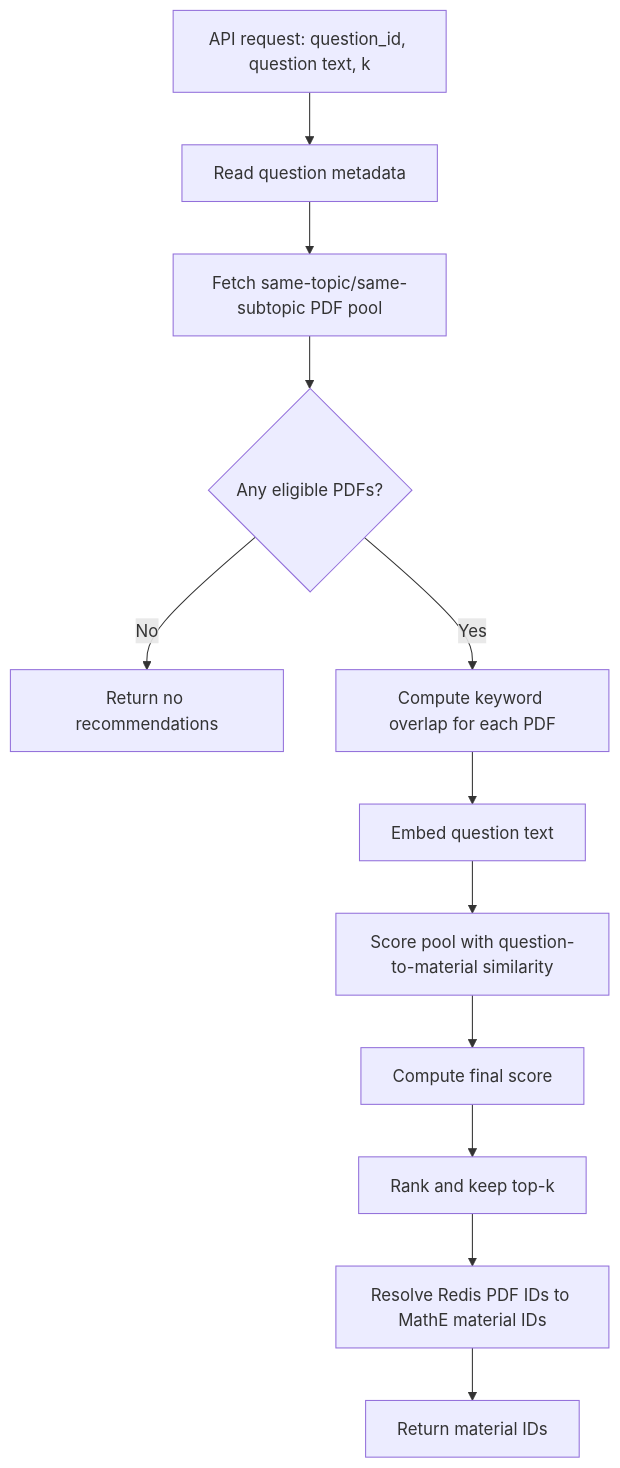
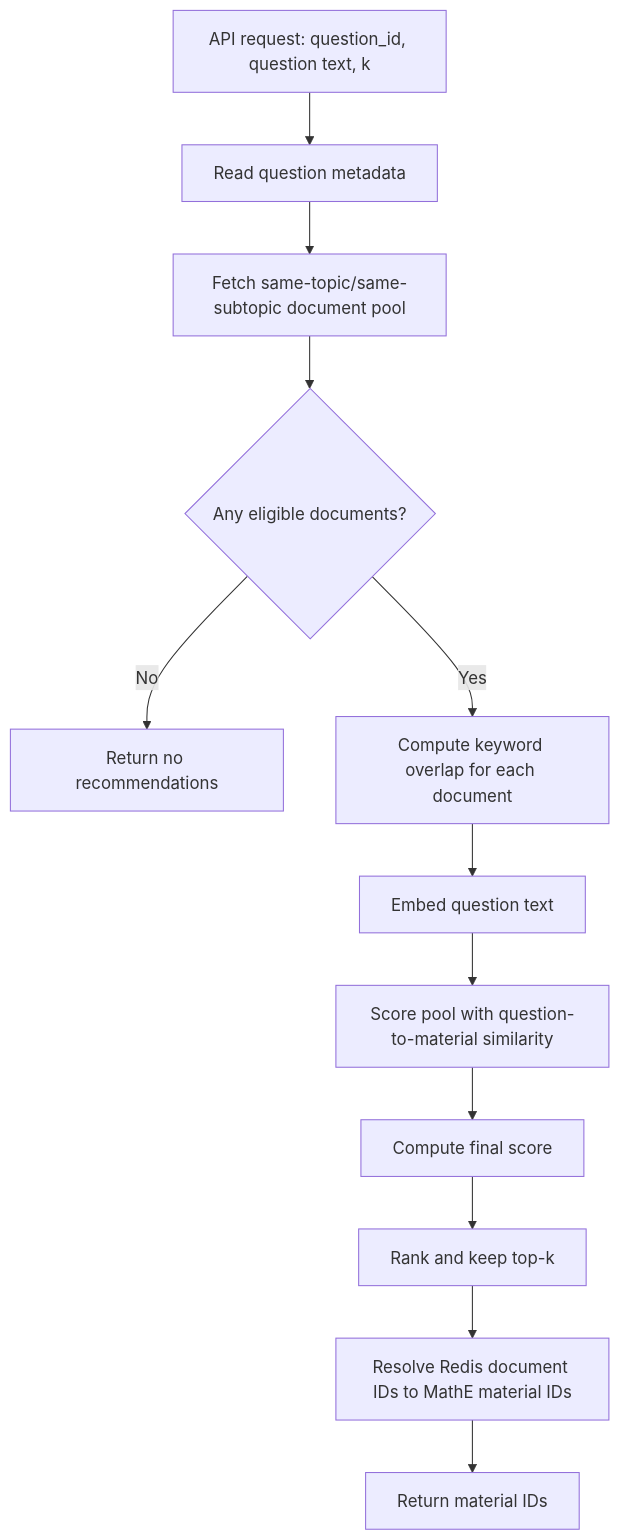
One commit to datagems-eosc/dataset-recsys changed the diagram in docs/source/mathe_material_recommender.md. Above: the diagram before and after it, drawn with Mermaid. The commit also changed other lines of this file, not shown here.

````diff
--- a/docs/source/mathe_material_recommender.md
+++ b/docs/source/mathe_material_recommender.md
@@ -52,14 +64,14 @@
 ```mermaid
 flowchart TB
     A["API request: question_id, question text, k"] --> B["Read question metadata"]
-    B --> C["Fetch same-topic/same-subtopic PDF pool"]
-    C --> D{"Any eligible PDFs?"}
+    B --> C["Fetch same-topic/same-subtopic document pool"]
+    C --> D{"Any eligible documents?"}
     D -- "No" --> E["Return no recommendations"]
-    D -- "Yes" --> F["Compute keyword overlap for each PDF"]
+    D -- "Yes" --> F["Compute keyword overlap for each document"]
     F --> G["Embed question text"]
     G --> H["Score pool with question-to-material similarity"]
     H --> I["Compute final score"]
     I --> J["Rank and keep top-k"]
-    J --> K["Resolve Redis PDF IDs to MathE material IDs"]
+    J --> K["Resolve Redis document IDs to MathE material IDs"]
     K --> L["Return material IDs"]
 ```
````
